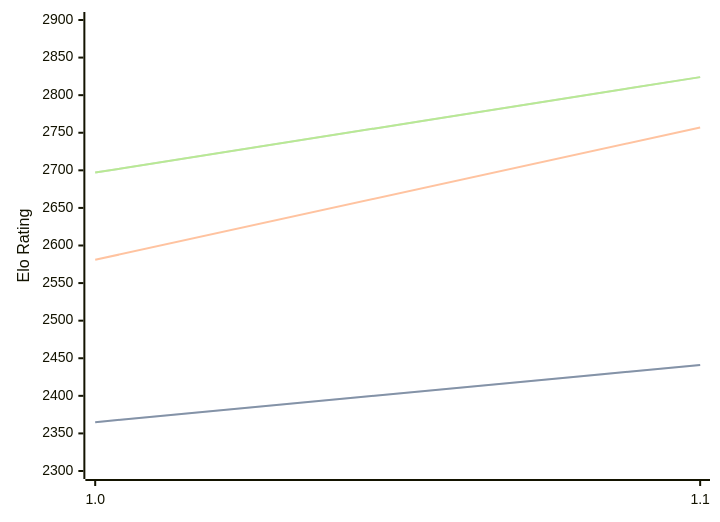
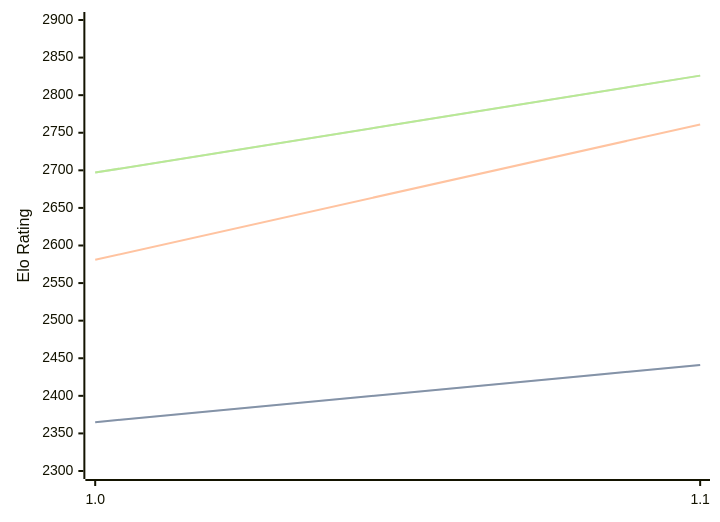
Before and after one commit to computer-chess-index/cci: the diagram in engines/FoxChess.md, drawn with Mermaid. The commit also changed other lines of this file, not shown here.

Commit message:
Update CCI Ratings (ELO VLTC) - 2026-05-03

````diff
--- a/engines/FoxChess.md
+++ b/engines/FoxChess.md
@@ -32,11 +32,11 @@
 ```mermaid
 %%{init: {"theme":"base","themeVariables":{"seriesColors:['#a3a3a3','#222221','#faa371']}}}%%
 xychart-beta
   x-axis ["1.0", "1.1"]
   y-axis "Elo Rating" 2300 --> 2900
   line "STC (8.0+0.08s)" [2365, 2441]
   line "STC (8.0+0.08s)" [2365, 2441]
-  line "LTC (60.0+0.60s)" [2581, 2757]
-  line "VLTC (2m24s+1.12s)" [2697, 2824]
-  line "VLTC (2m24s+1.12s)" [2697, 2824]
+  line "LTC (60.0+0.60s)" [2581, 2761]
+  line "VLTC (2m24s+1.12s)" [2697, 2826]
+  line "VLTC (2m24s+1.12s)" [2697, 2826]
 ```
````
